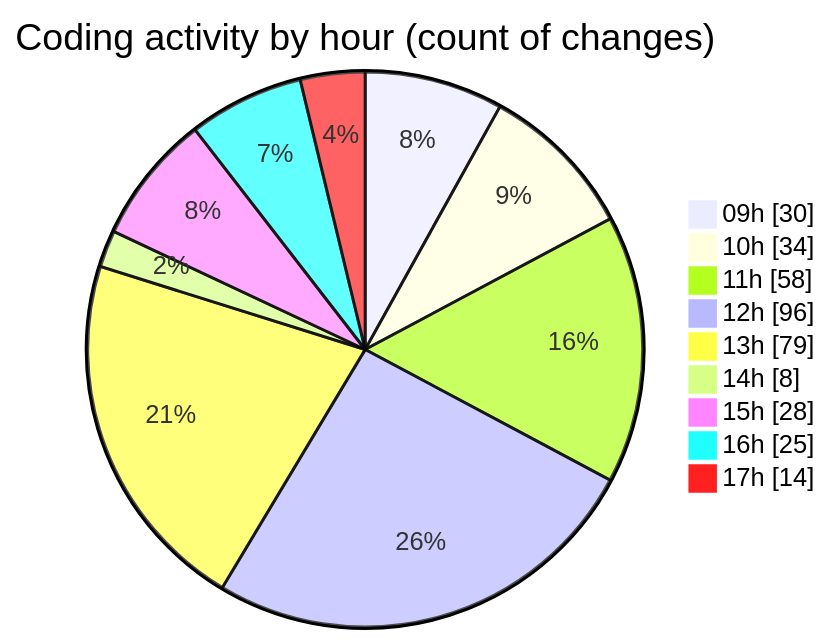
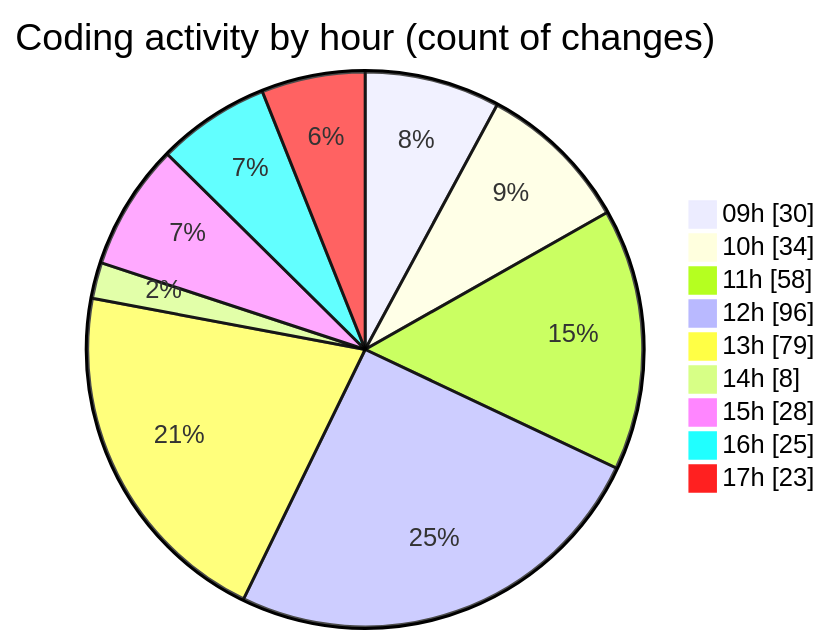
Before and after one commit to momahboobian/code-tracking: the second of 2 diagrams in 2025-04-02/cda/README.md, drawn with Mermaid. The commit also changed other lines of this file and 1 other file, not shown here.

````diff
--- a/2025-04-02/cda/README.md
+++ b/2025-04-02/cda/README.md
@@ -40,13 +40,13 @@
 ```mermaid
 pie showData
 title Coding activity by hour (count of changes)
 "09h" : 30
 "10h" : 34
 "11h" : 58
 "12h" : 96
 "13h" : 79
 "14h" : 8
 "15h" : 28
 "16h" : 25
-"17h" : 14
+"17h" : 23
 ```
````
